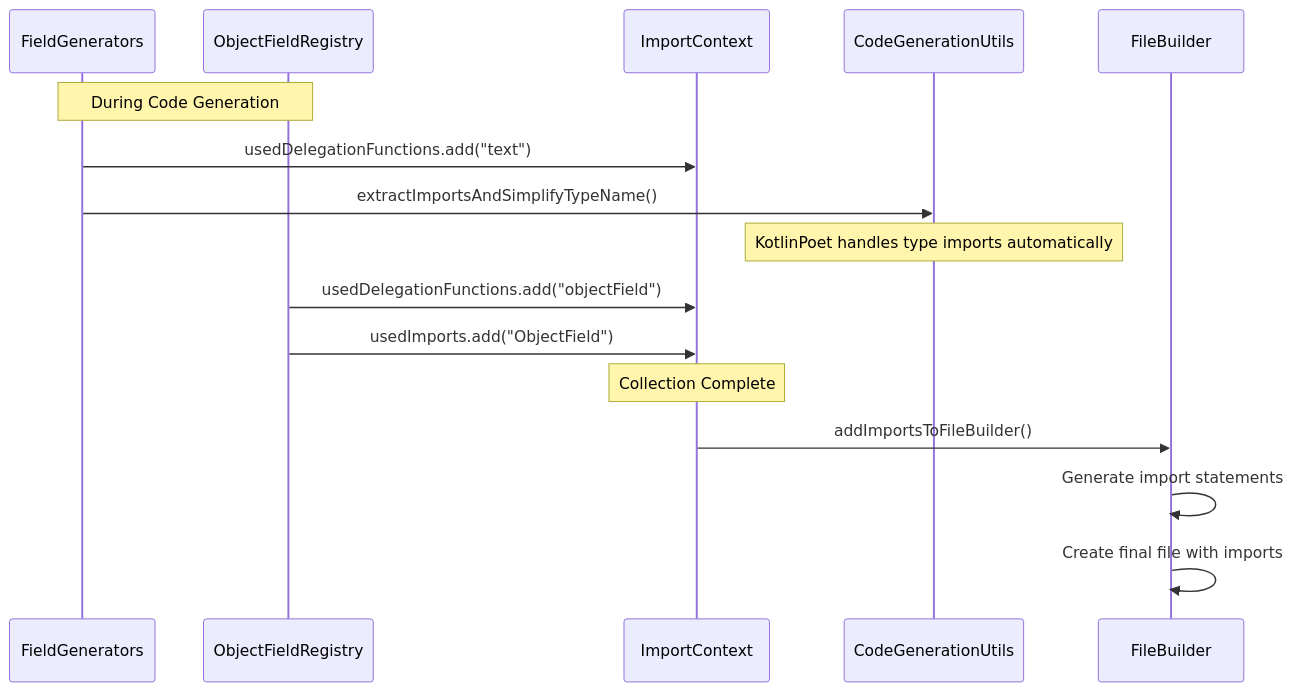
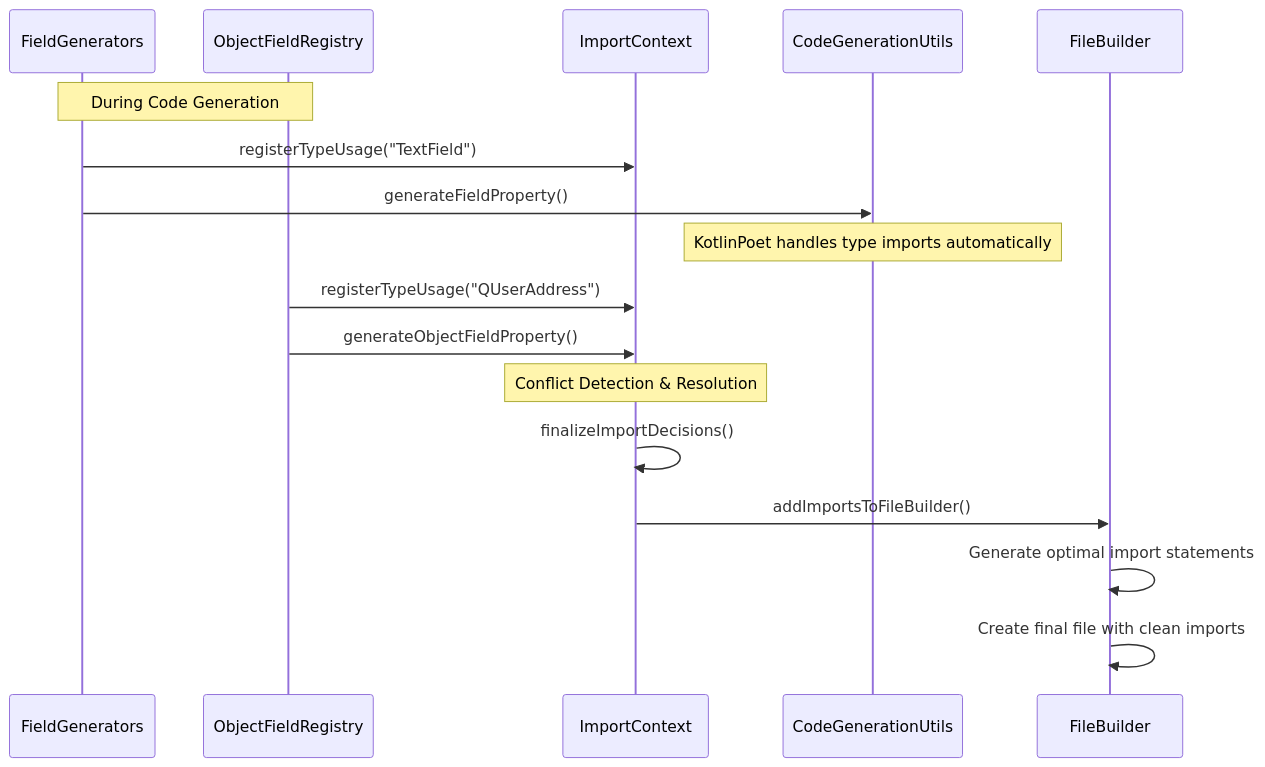
One commit to ekino/Metalastic changed the ninth of 14 diagrams in processor.md. Above: the diagram before and after it, drawn with Mermaid. The commit also changed other lines of this file and 7 other files, not shown here.

````diff
--- a/processor.md
+++ b/processor.md
@@ -396,23 +391,24 @@
 ```mermaid
 sequenceDiagram
     participant FG as FieldGenerators
     participant ORG as ObjectFieldRegistry
     participant IC as ImportContext
     participant Utils as CodeGenerationUtils
     participant FB as FileBuilder
 
     Note over FG,ORG: During Code Generation
     
-    FG->>IC: usedDelegationFunctions.add("text")
-    FG->>Utils: extractImportsAndSimplifyTypeName()
+    FG->>IC: registerTypeUsage("TextField")
+    FG->>Utils: generateFieldProperty()
     Note over Utils: KotlinPoet handles type imports automatically
     
-    ORG->>IC: usedDelegationFunctions.add("objectField")
-    ORG->>IC: usedImports.add("ObjectField")
+    ORG->>IC: registerTypeUsage("QUserAddress")
+    ORG->>IC: generateObjectFieldProperty()
     
-    Note over IC: Collection Complete
+    Note over IC: Conflict Detection & Resolution
     
+    IC->>IC: finalizeImportDecisions()
     IC->>FB: addImportsToFileBuilder()
-    FB->>FB: Generate import statements
-    FB->>FB: Create final file with imports
+    FB->>FB: Generate optimal import statements
+    FB->>FB: Create final file with clean imports
 ```
````
